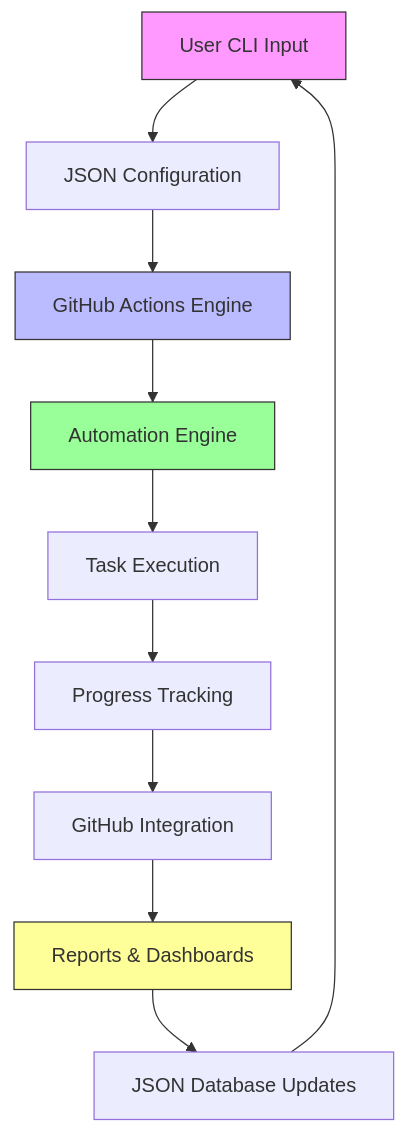
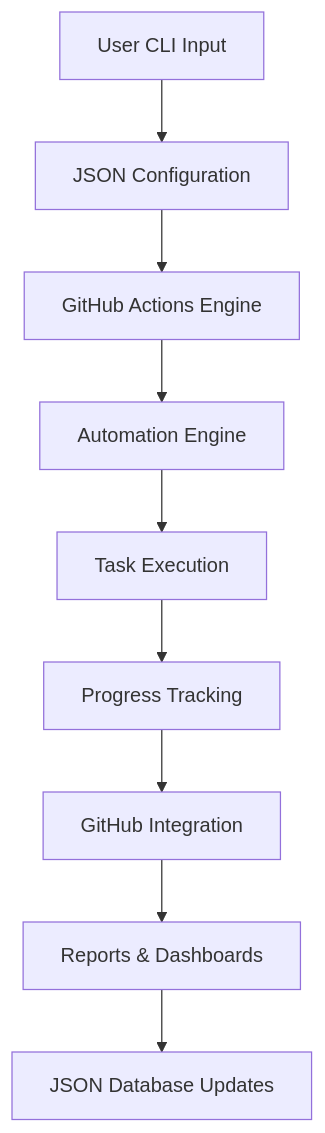
The sixth of 42 diagrams in README.md (Shakour-Data/AutoProjectManagement), drawn with Mermaid before and after one commit. The commit also changed other lines of this file, not shown here.

````diff
--- a/README.md
+++ b/README.md
@@ -39,17 +184,11 @@
 ```mermaid
 graph TD
     A[User CLI Input] --> B[JSON Configuration]
     B --> C[GitHub Actions Engine]
     C --> D[Automation Engine]
     D --> E[Task Execution]
     E --> F[Progress Tracking]
     F --> G[GitHub Integration]
     G --> H[Reports & Dashboards]
     H --> I[JSON Database Updates]
-    I --> A
-    
-    style A fill:#f9f,stroke:#333
-    style C fill:#bbf,stroke:#333
-    style D fill:#9f9,stroke:#333
-    style H fill:#ff9,stroke:#333
 ```
````
